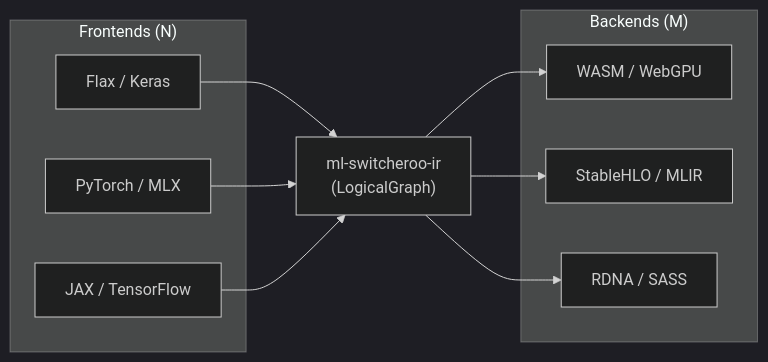
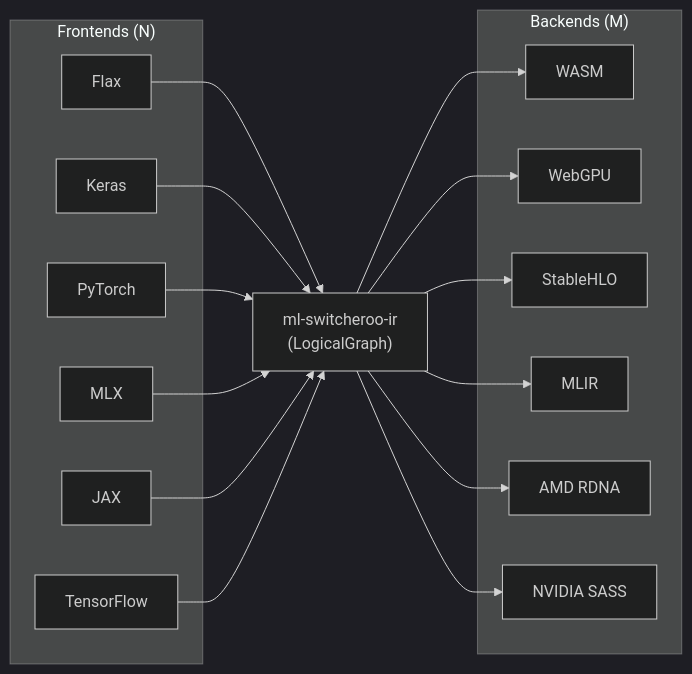
The first of 4 diagrams in ARCHITECTURE.md (SamuelMarks/ml-switcheroo-ir), drawn with Mermaid (dark theme) before and after one commit. The commit also changed other lines of this file and 5 other files, not shown here.

````diff
--- a/ARCHITECTURE.md
+++ b/ARCHITECTURE.md
@@ -13,24 +13,36 @@
 ```mermaid
 flowchart LR
     subgraph Frontends["Frontends (N)"]
-        F1["Flax / Keras"]
-        F2["PyTorch / MLX"]
-        F3["JAX / TensorFlow"]
+        Flax["Flax"]
+        Keras["Keras"]
+        PyTorch["PyTorch"]
+        MLX["MLX"]
+        JAX["JAX"]
+        TensorFlow["TensorFlow"]
     end
 
     IR["ml-switcheroo-ir<br/>(LogicalGraph)"]
 
     subgraph Backends["Backends (M)"]
-        B1["WASM / WebGPU"]
-        B2["StableHLO / MLIR"]
-        B3["RDNA / SASS"]
+        WASM["WASM"]
+        WebGPU["WebGPU"]
+        StableHLO["StableHLO"]
+        MLIR["MLIR"]
+        RDNA["AMD RDNA"]
+        SASS["NVIDIA SASS"]
     end
 
-    F1 --> IR
-    F2 --> IR
-    F3 --> IR
+    Flax --> IR
+    Keras --> IR
+    PyTorch --> IR
+    MLX --> IR
+    JAX --> IR
+    TensorFlow --> IR
 
-    IR --> B1
-    IR --> B2
-    IR --> B3
+    IR --> WASM
+    IR --> WebGPU
+    IR --> StableHLO
+    IR --> MLIR
+    IR --> RDNA
+    IR --> SASS
 ```
````
